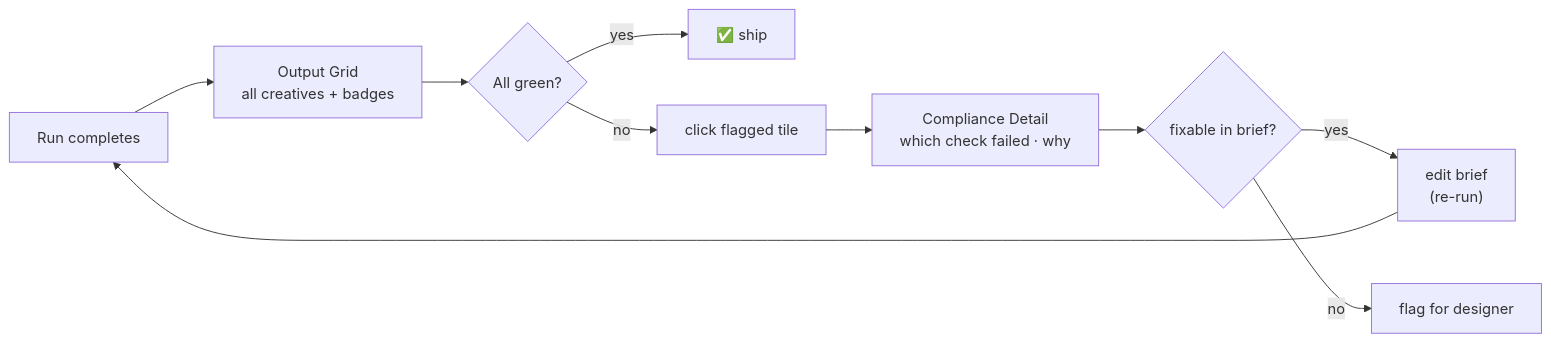
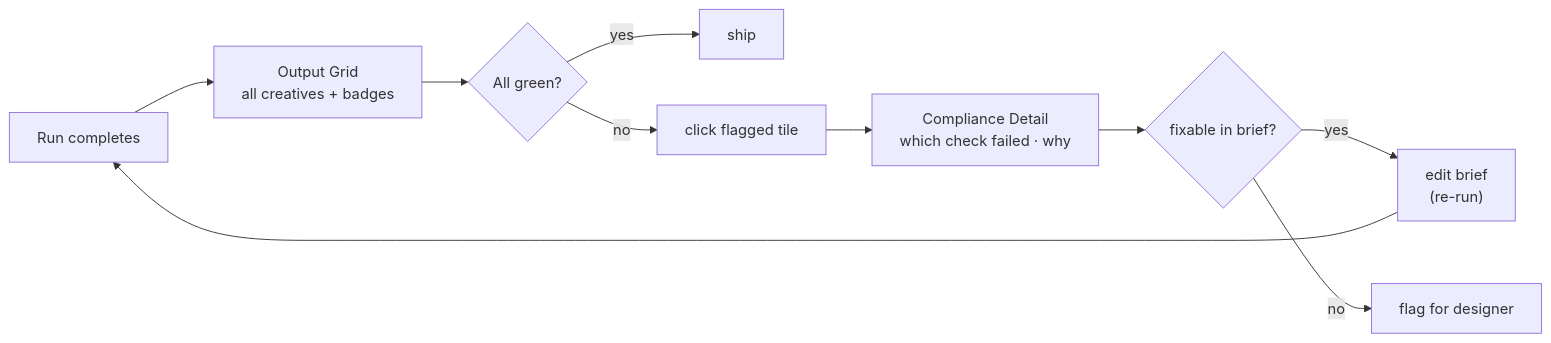
One commit to arndvs/cast changed the fifth of 5 diagrams in docs/system-map.md. Above: the diagram before and after it, drawn with Mermaid. The commit also changed other lines of this file and 1 other file, not shown here.

First line of the commit message:
docs: remove emojis from system-map and attributes diagrams

````diff
--- a/docs/system-map.md
+++ b/docs/system-map.md
@@ -183,12 +183,12 @@
 ```mermaid
 graph LR
     Done["Run completes"] --> Grid["Output Grid<br/>all creatives + badges"]
     Grid --> Scan{"All green?"}
-    Scan -->|yes| Ship["✅ ship"]
+    Scan -->|yes| Ship["ship"]
     Scan -->|no| Click["click flagged tile"]
     Click --> Detail["Compliance Detail<br/>which check failed · why"]
     Detail --> Decide{"fixable in brief?"}
     Decide -->|yes| EditBrief["edit brief<br/>(re-run)"]
     Decide -->|no| Escalate["flag for designer"]
     EditBrief --> Done
 ```
````
